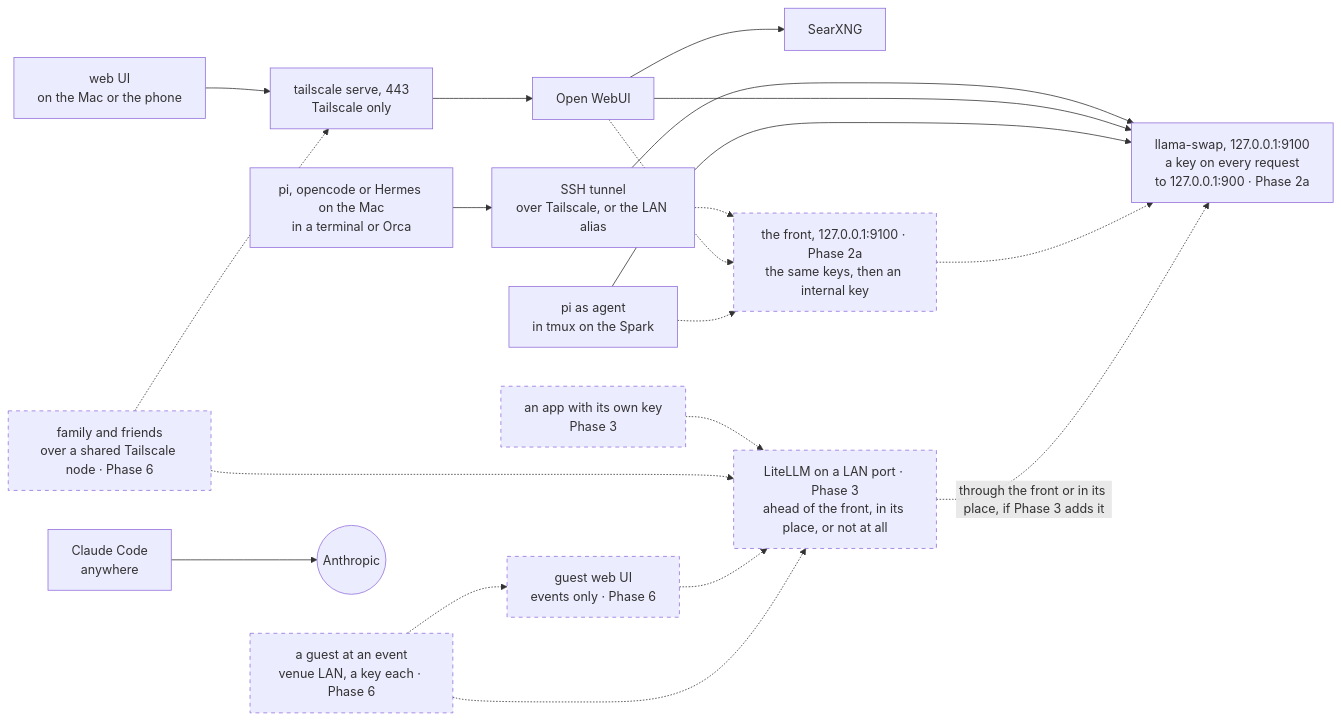
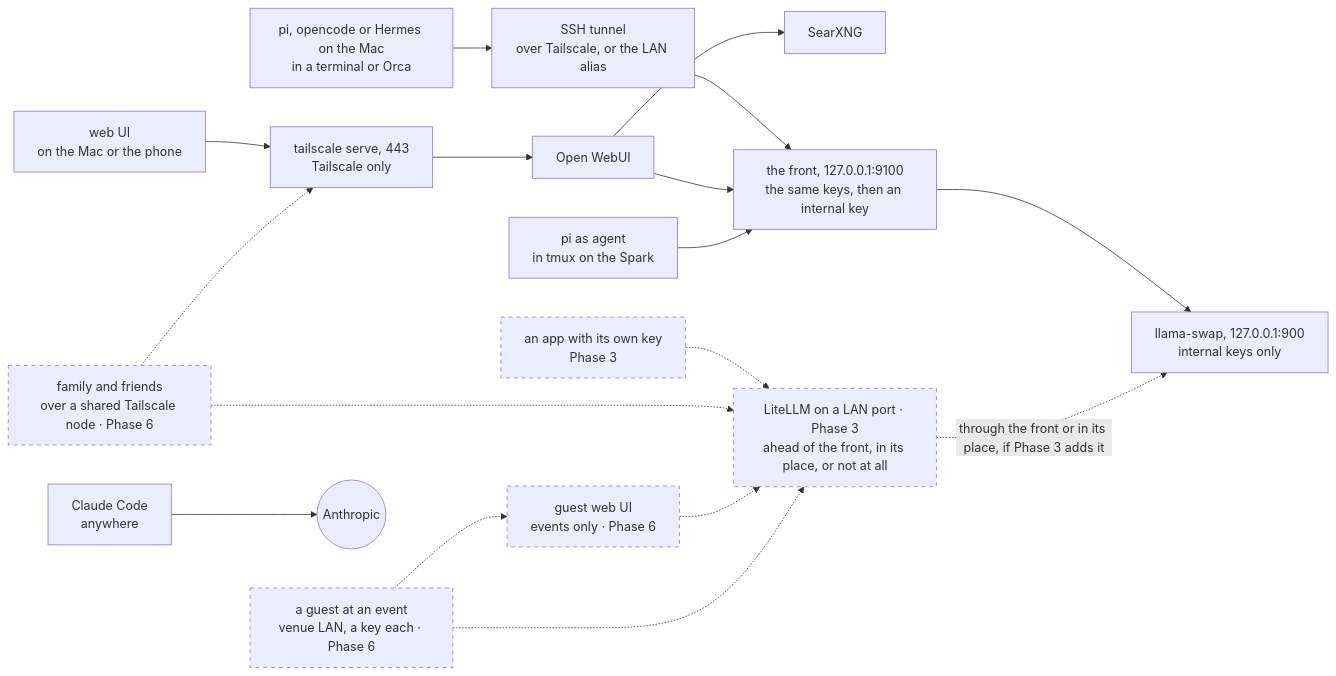
The second of 4 diagrams in website/architecture.qmd (chendaniely/local-ai), drawn with Mermaid before and after one commit. The commit also changed other lines of this file and 18 other files, not shown here.

Commit message:
docs(machine): 🤖 the front, the gate and llama-swap on 900 are serving

````diff
--- a/website/architecture.qmd
+++ b/website/architecture.qmd
@@ -153,38 +156,35 @@
 ```{mermaid}
 flowchart LR
   classDef planned stroke-dasharray: 5 5
 
   piT["pi, opencode or Hermes on the Mac<br/>in a terminal or Orca"]
   ui["web UI<br/>on the Mac or the phone"]
   piA["pi as agent<br/>in tmux on the Spark"]
   cc["Claude Code<br/>anywhere"]
   app["an app with its own key<br/>Phase 3"]:::planned
   fam["family and friends<br/>over a shared Tailscale node · Phase 6"]:::planned
   guest["a guest at an event<br/>venue LAN, a key each · Phase 6"]:::planned
 
   tunnel["SSH tunnel<br/>over Tailscale, or the LAN alias"]
   guestui["guest web UI<br/>events only · Phase 6"]:::planned
   serve["tailscale serve, 443<br/>Tailscale only"]
   owui["Open WebUI"]
   searx["SearXNG"]
-  front["the front, 127.0.0.1:9100 · Phase 2a<br/>the same keys, then an internal key"]:::planned
-  swap["llama-swap, 127.0.0.1:9100<br/>a key on every request<br/>to 127.0.0.1:900 · Phase 2a"]
+  front["the front, 127.0.0.1:9100<br/>the same keys, then an internal key"]
+  swap["llama-swap, 127.0.0.1:900<br/>internal keys only"]
   litellm["LiteLLM on a LAN port · Phase 3<br/>ahead of the front, in its place, or not at all"]:::planned
   anthropic(("Anthropic"))
 
-  piT --> tunnel --> swap
-  ui --> serve --> owui --> swap
+  piT --> tunnel --> front
+  ui --> serve --> owui --> front
   owui --> searx
-  piA --> swap
+  piA --> front
   cc --> anthropic
-  tunnel -.-> front
-  owui -.-> front
-  piA -.-> front
-  front -.-> swap
+  front --> swap
   app -.-> litellm
   litellm -. "through the front or in its place, if Phase 3 adds it" .-> swap
   fam -.-> serve
   fam -.-> litellm
   guest -.-> guestui -.-> litellm
   guest -.-> litellm
 ```
````
